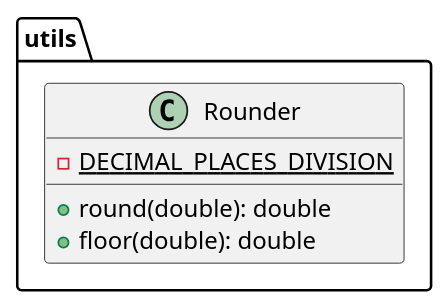
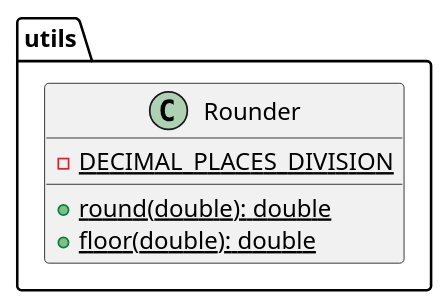
The fifth of 5 diagrams in task2/README.md (kambed/Computer-Recognition-Systems), drawn with PlantUML before and after one commit. The commit also changed other lines of this file, not shown here.

````diff
--- a/task2/README.md
+++ b/task2/README.md
@@ -117,9 +142,9 @@
 ```plantuml
 package utils {
     class Rounder {
         - {static} DECIMAL_PLACES_DIVISION
-        + round(double): double
-        + floor(double): double
+        + {static} round(double): double
+        + {static} floor(double): double
     }
 }
 ```
````
